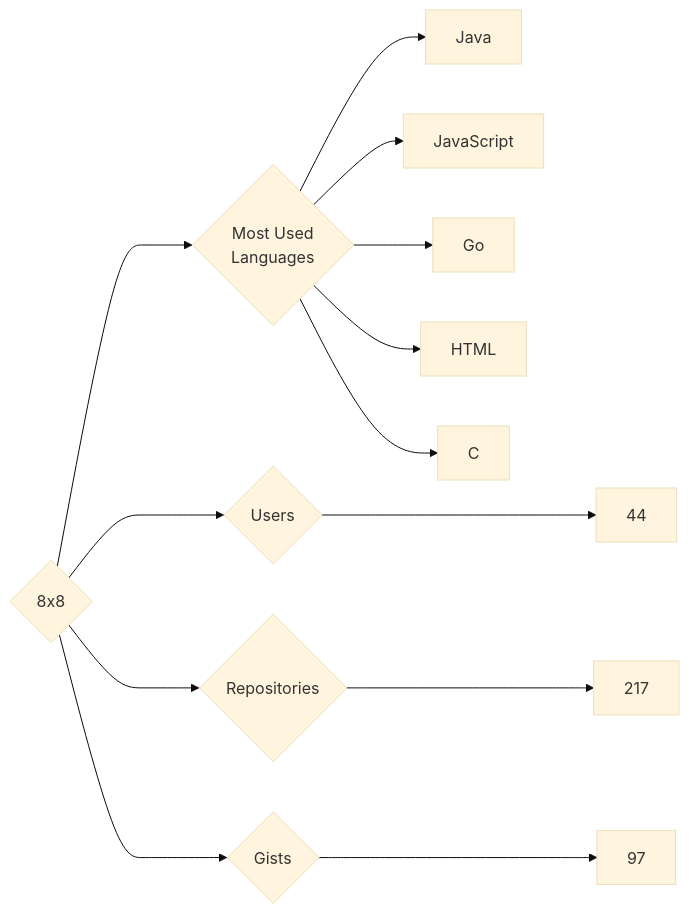
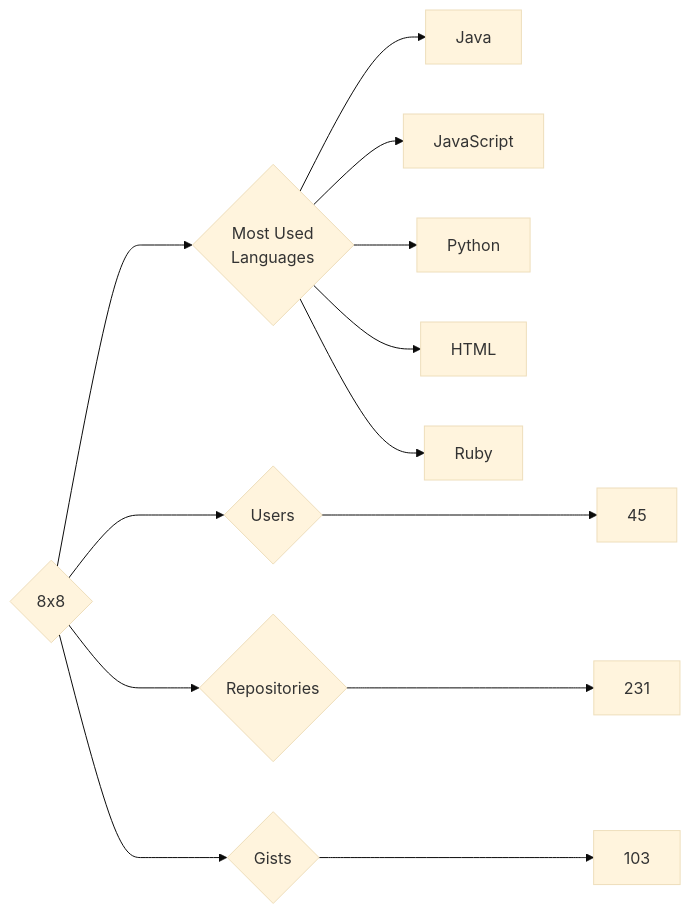
One commit to trickest/insiders changed the diagram in targets/8x8/README.md. Above: the diagram before and after it, drawn with Mermaid (base theme). The commit also changed 934 other files, not shown here.

````diff
--- a/targets/8x8/README.md
+++ b/targets/8x8/README.md
@@ -3,13 +3,13 @@
 ```mermaid
 graph LR
 COMPANY_NAME{8x8}
-COMPANY_NAME ---> U{Users} ---> UN[44]
-COMPANY_NAME ---> R{Repositories} ---> RN[217]
-COMPANY_NAME ---> G{Gists} ---> GN[97]
+COMPANY_NAME ---> U{Users} ---> UN[45]
+COMPANY_NAME ---> R{Repositories} ---> RN[231]
+COMPANY_NAME ---> G{Gists} ---> GN[103]
 COMPANY_NAME ---> ML{Most Used<br>Languages}
 ML --> Java[Java]
 ML --> JavaScript[JavaScript]
-ML --> Go[Go]
+ML --> Python[Python]
 ML --> HTML[HTML]
-ML --> C[C]
+ML --> Ruby[Ruby]
 ```
````
